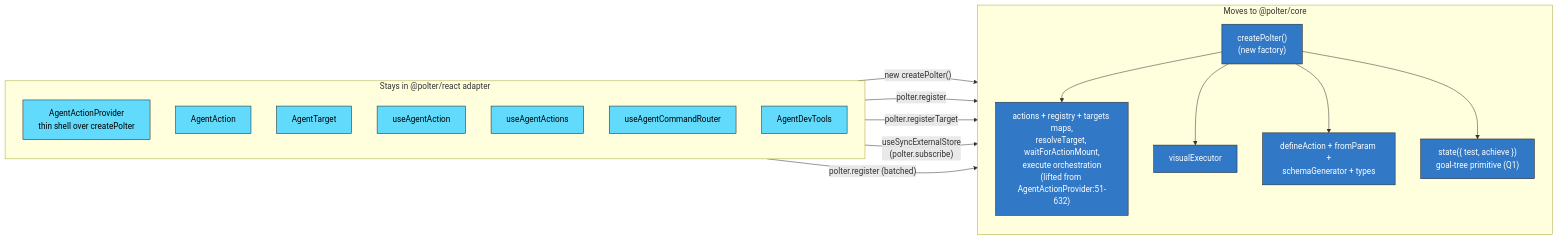
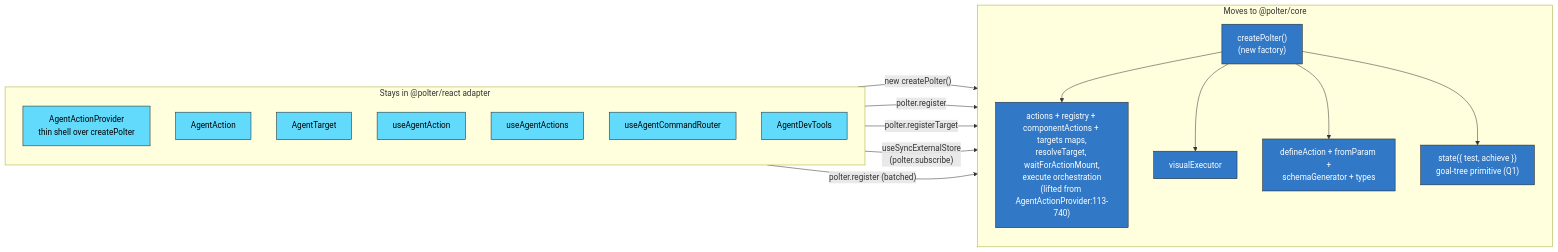
Before and after one commit to myDataValue/polter: the second of 6 diagrams in docs/architecture.md, drawn with Mermaid. The commit also changed other lines of this file and 8 other files, not shown here.

````diff
--- a/docs/architecture.md
+++ b/docs/architecture.md
@@ -66,35 +68,35 @@
 ```mermaid
 flowchart LR
   classDef react fill:#61dafb,stroke:#222,color:#000
   classDef core fill:#3178c6,stroke:#222,color:#fff
 
   subgraph stays["Stays in @polter/react adapter"]
     direction TB
     Provider2[AgentActionProvider<br/>thin shell over createPolter]:::react
     AAction2[AgentAction]:::react
     ATarget2[AgentTarget]:::react
     UseAction2[useAgentAction]:::react
     UseActions2[useAgentActions]:::react
     UseRouter2[useAgentCommandRouter]:::react
     DevTools2[AgentDevTools]:::react
   end
 
   subgraph moves["Moves to @polter/core"]
     direction TB
     CreatePolter["createPolter()<br/>(new factory)"]:::core
-    RegistryLogic["actions + registry + targets maps,<br/>resolveTarget, waitForActionMount,<br/>execute orchestration<br/>(lifted from AgentActionProvider:51-632)"]:::core
+    RegistryLogic["actions + registry + componentActions + targets maps,<br/>resolveTarget, waitForActionMount,<br/>execute orchestration<br/>(lifted from AgentActionProvider:113-740)"]:::core
     Exec2[visualExecutor]:::core
     Core2["defineAction + fromParam +<br/>schemaGenerator + types"]:::core
     GoalTree["state({ test, achieve })<br/>goal-tree primitive (Q1)"]:::core
   end
 
   Provider2 -->|"new createPolter()"| CreatePolter
   AAction2 -->|"polter.register"| CreatePolter
   ATarget2 -->|"polter.registerTarget"| CreatePolter
   UseActions2 -->|"useSyncExternalStore<br/>(polter.subscribe)"| CreatePolter
   UseAction2 -->|"polter.register (batched)"| CreatePolter
   CreatePolter --> RegistryLogic
   CreatePolter --> Exec2
   CreatePolter --> Core2
   CreatePolter --> GoalTree
 ```
````
